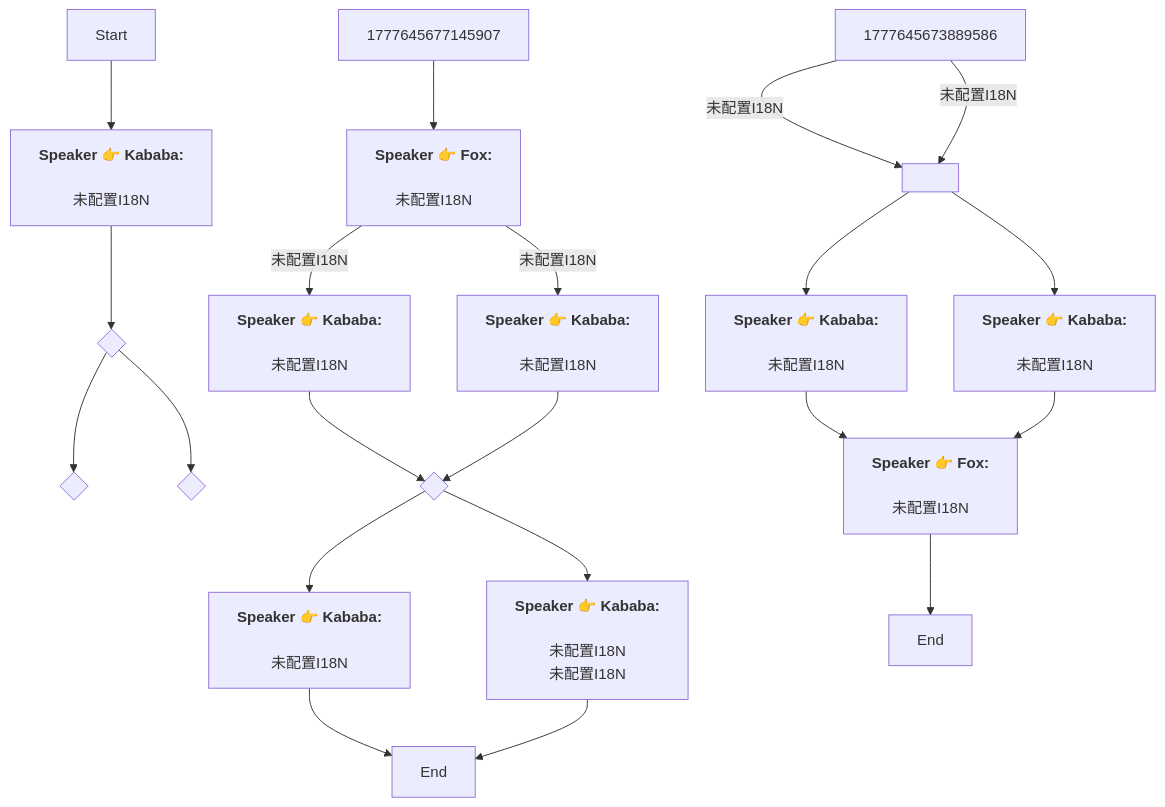
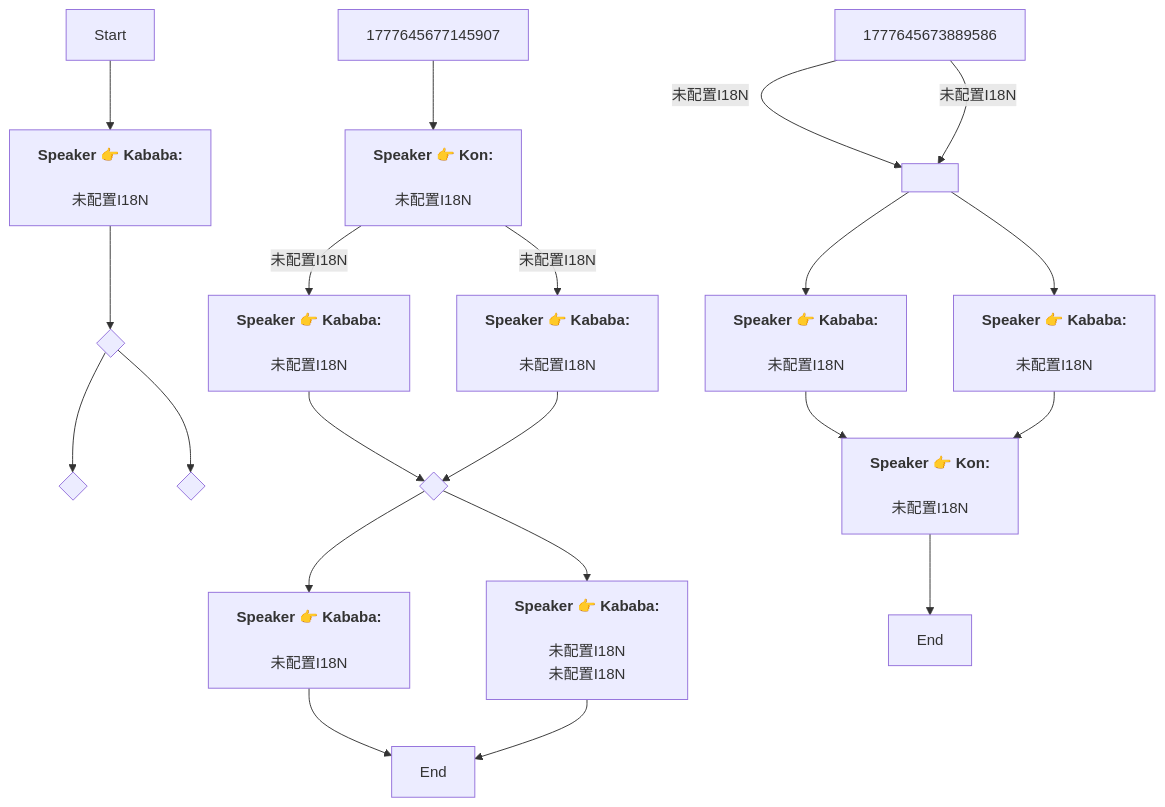
The diagram in Zh/QuestNPCDeliveryENode_1777644793318185.md (SoftHu/tos_avg), drawn with Mermaid before and after one commit. The commit also changed 730 other files, not shown here.

````diff
--- a/Zh/QuestNPCDeliveryENode_1777644793318185.md
+++ b/Zh/QuestNPCDeliveryENode_1777644793318185.md
@@ -1,34 +1,34 @@
 ```mermaid
 graph
 Start -->1777645635331884[<b>Speaker 👉 Kababa:</b>
 \n未配置I18N]
 1777645635331884 -->1777647406066518{ }
 1777647406066518 -->1777645652311853{ }
 1777647406066518 -->1777647423759195{ }
-1777645677145907 -->1777645985506111[<b>Speaker 👉 Fox:</b>
+1777645677145907 -->1777645985506111[<b>Speaker 👉 Kon:</b>
 \n未配置I18N]
 1777645985506111 -->|未配置I18N|1777646096860999[<b>Speaker 👉 Kababa:</b>
 \n未配置I18N]
 1777645985506111 -->|未配置I18N|1777646109645642[<b>Speaker 👉 Kababa:</b>
 \n未配置I18N]
 1777646096860999 -->1777646258836304{ }
 1777646258836304 -->1777646387039057[<b>Speaker 👉 Kababa:</b>
 \n未配置I18N\n未配置I18N]
 1777646258836304 -->1777646115838797[<b>Speaker 👉 Kababa:</b>
 \n未配置I18N]
 1777646115838797 -->1777646407665492[End]
 1777646387039057 -->1777646407665492[End]
 1777646109645642 -->1777646258836304{ }
 1777645673889586 -->|未配置I18N|1777647454681950[ ]
 1777645673889586 -->|未配置I18N|1777647454681950[ ]
 1777647454681950 -->1777645772156731[<b>Speaker 👉 Kababa:</b>
 \n未配置I18N]
 1777647454681950 -->1777647466701663[<b>Speaker 👉 Kababa:</b>
 \n未配置I18N]
-1777645772156731 -->1777647568092003[<b>Speaker 👉 Fox:</b>
+1777645772156731 -->1777647568092003[<b>Speaker 👉 Kon:</b>
 \n未配置I18N]
 1777647568092003 -->1777647516983138[End]
-1777647466701663 -->1777647568092003[<b>Speaker 👉 Fox:</b>
+1777647466701663 -->1777647568092003[<b>Speaker 👉 Kon:</b>
 \n未配置I18N]
 
 ```
````
